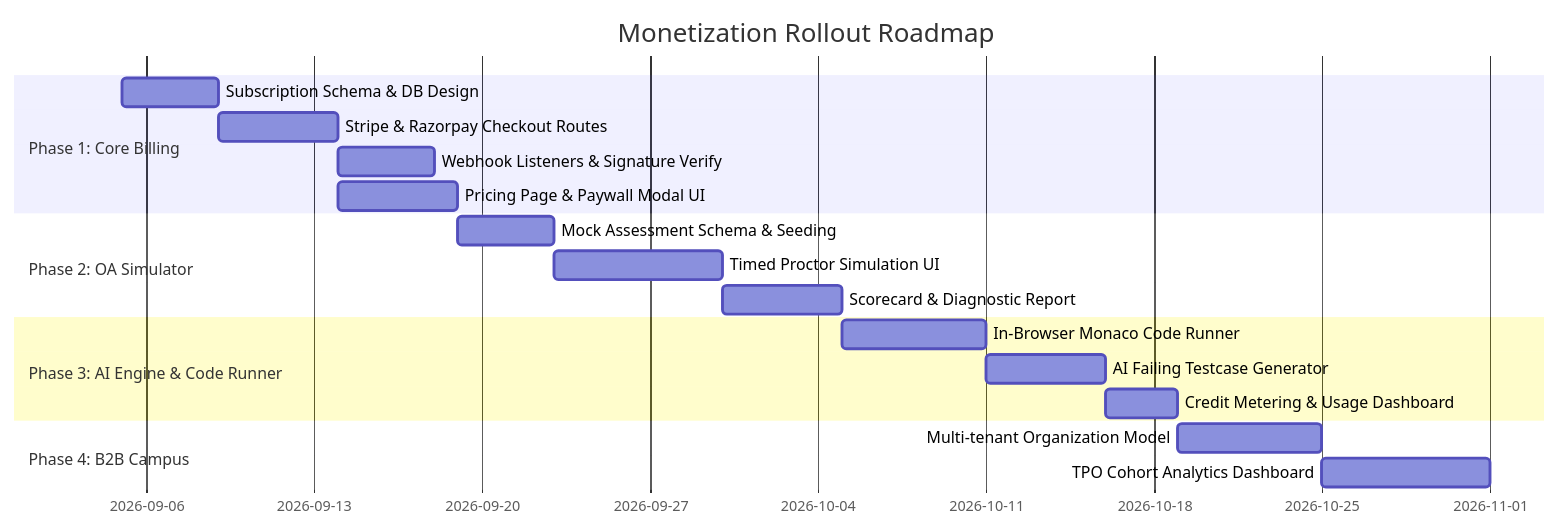
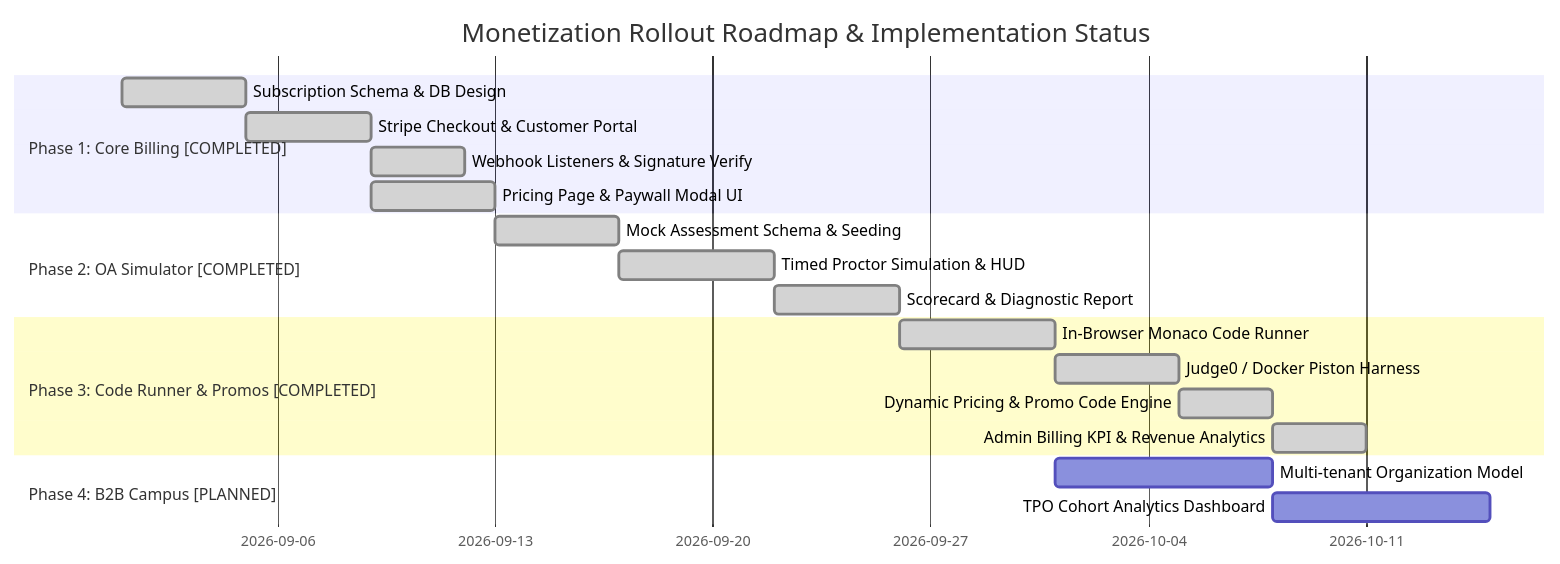
Before and after one commit to MayankV004/OA-prep: the third of 3 diagrams in docs/monetization.md, drawn with Mermaid. The commit also changed other lines of this file and 13 other files, not shown here.

````diff
--- a/docs/monetization.md
+++ b/docs/monetization.md
@@ -311,21 +311,22 @@
 ```mermaid
 gantt
-    title Monetization Rollout Roadmap
+    title Monetization Rollout Roadmap & Implementation Status
     dateFormat  YYYY-MM-DD
-    section Phase 1: Core Billing
-    Subscription Schema & DB Design       :p1_1, 2026-09-05, 4d
-    Stripe & Razorpay Checkout Routes     :p1_2, after p1_1, 5d
-    Webhook Listeners & Signature Verify   :p1_3, after p1_2, 4d
-    Pricing Page & Paywall Modal UI       :p1_4, after p1_2, 5d
-    section Phase 2: OA Simulator
-    Mock Assessment Schema & Seeding      :p2_1, after p1_4, 4d
-    Timed Proctor Simulation UI           :p2_2, after p2_1, 7d
-    Scorecard & Diagnostic Report         :p2_3, after p2_2, 5d
-    section Phase 3: AI Engine & Code Runner
-    In-Browser Monaco Code Runner         :p3_1, after p2_3, 6d
-    AI Failing Testcase Generator         :p3_2, after p3_1, 5d
-    Credit Metering & Usage Dashboard     :p3_3, after p3_2, 3d
-    section Phase 4: B2B Campus
-    Multi-tenant Organization Model       :p4_1, after p3_3, 6d
+    section Phase 1: Core Billing [COMPLETED]
+    Subscription Schema & DB Design       :done, p1_1, 2026-09-01, 4d
+    Stripe Checkout & Customer Portal     :done, p1_2, after p1_1, 4d
+    Webhook Listeners & Signature Verify  :done, p1_3, after p1_2, 3d
+    Pricing Page & Paywall Modal UI       :done, p1_4, after p1_2, 4d
+    section Phase 2: OA Simulator [COMPLETED]
+    Mock Assessment Schema & Seeding      :done, p2_1, after p1_4, 4d
+    Timed Proctor Simulation & HUD        :done, p2_2, after p2_1, 5d
+    Scorecard & Diagnostic Report         :done, p2_3, after p2_2, 4d
+    section Phase 3: Code Runner & Promos [COMPLETED]
+    In-Browser Monaco Code Runner         :done, p3_1, after p2_3, 5d
+    Judge0 / Docker Piston Harness        :done, p3_2, after p3_1, 4d
+    Dynamic Pricing & Promo Code Engine   :done, p3_3, after p3_2, 3d
+    Admin Billing KPI & Revenue Analytics :done, p3_4, after p3_3, 3d
+    section Phase 4: B2B Campus [PLANNED]
+    Multi-tenant Organization Model       :p4_1, 2026-10-01, 7d
     TPO Cohort Analytics Dashboard        :p4_2, after p4_1, 7d
 ```
````
